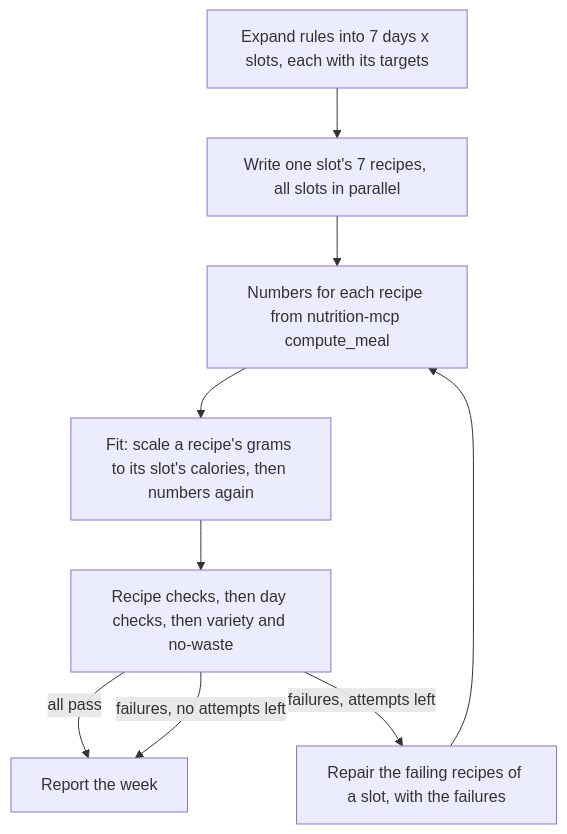
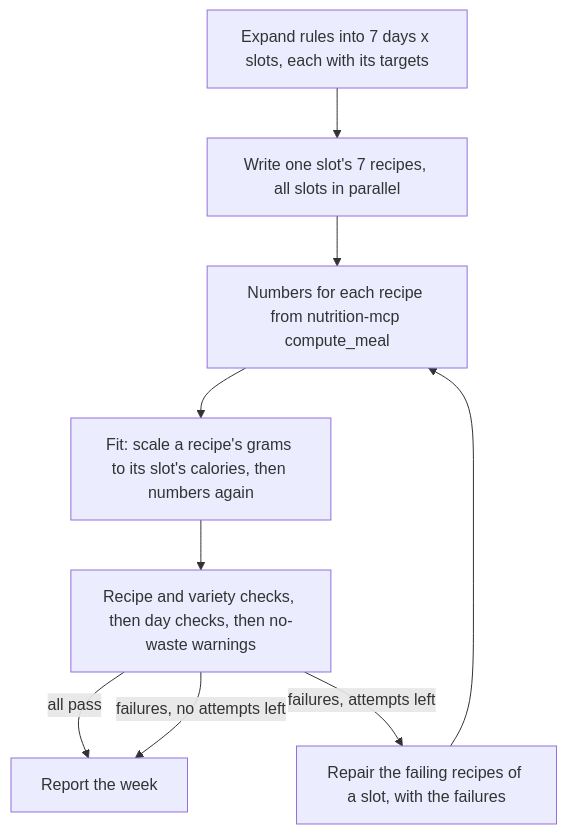
Before and after one commit to Varun-Kambali/meal-planner-agents: the second of 2 diagrams in docs/architecture.md, drawn with Mermaid. The commit also changed other lines of this file, not shown here.

Commit message:
docs: bring the architecture in line with the code

````diff
--- a/docs/architecture.md
+++ b/docs/architecture.md
@@ -69,11 +76,11 @@
 ```mermaid
 flowchart TD
   A[Expand rules into 7 days x slots, each with its targets] --> B[Write one slot's 7 recipes, all slots in parallel]
   B --> C[Numbers for each recipe from nutrition-mcp compute_meal]
   C --> G[Fit: scale a recipe's grams to its slot's calories, then numbers again]
-  G --> D[Recipe checks, then day checks, then variety and no-waste]
+  G --> D[Recipe and variety checks, then day checks, then no-waste warnings]
   D -- all pass --> F[Report the week]
   D -- failures, attempts left --> E[Repair the failing recipes of a slot, with the failures]
   E --> C
   D -- failures, no attempts left --> F
 ```
````
